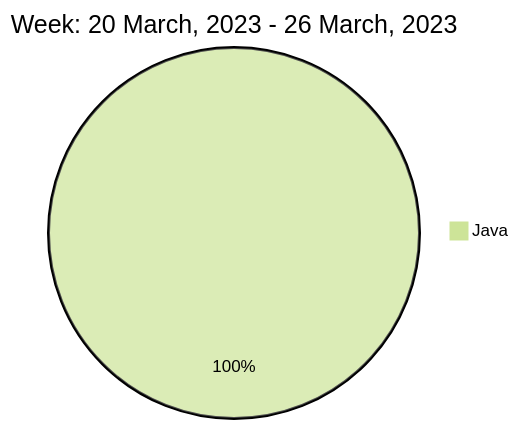
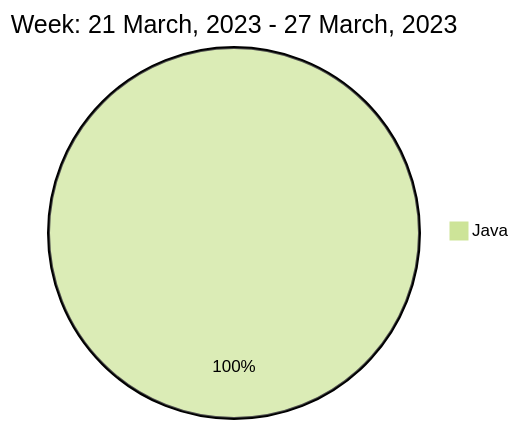
The diagram in README.md (liubin95/liubin95), drawn with Mermaid (forest theme) before and after one commit.

Commit message:
Updated the Graph with new Metrics

````diff
--- a/README.md
+++ b/README.md
@@ -40,5 +40,5 @@
 ```mermaid
  pie
-title Week: 20 March, 2023 - 26 March, 2023
+title Week: 21 March, 2023 - 27 March, 2023
  "Java" : 2.23
 ```
````
